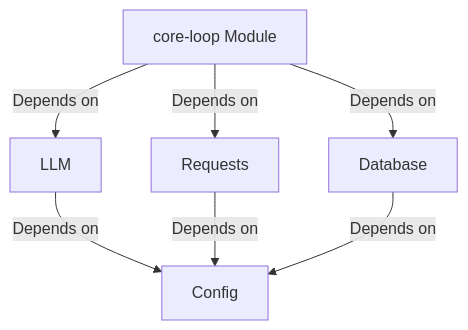
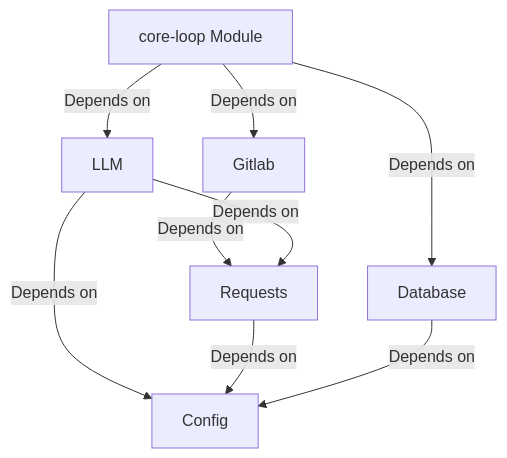
One commit to ahreurink/ticket-maker changed the diagram in Architecture.md. Above: the diagram before and after it, drawn with Mermaid.

Commit message:
Update architecture sketch

````diff
--- a/Architecture.md
+++ b/Architecture.md
@@ -3,9 +3,11 @@
 ```mermaid
 graph TD
-    A[core-loop Module] -->|Depends on| B[LLM]
-    A[core-loop Module] -->|Depends on| C[Requests]
-    A[core-loop Module] -->|Depends on| D[Database]
-    B[LLM] -->|Depends on| E[Config]
-    C[Requests] -->|Depends on| E[Config]
-    D[Database] -->|Depends on| E[Config]
+    CR[core-loop Module] -->|Depends on| LLM
+    CR[core-loop Module] -->|Depends on| Gitlab
+    Gitlab -->|Depends on| Requests
+    LLM -->|Depends on| Requests
+    CR[core-loop Module] -->|Depends on| Database
+    LLM -->|Depends on| Config
+    Requests -->|Depends on| Config
+    Database -->|Depends on| Config
 ```
````
